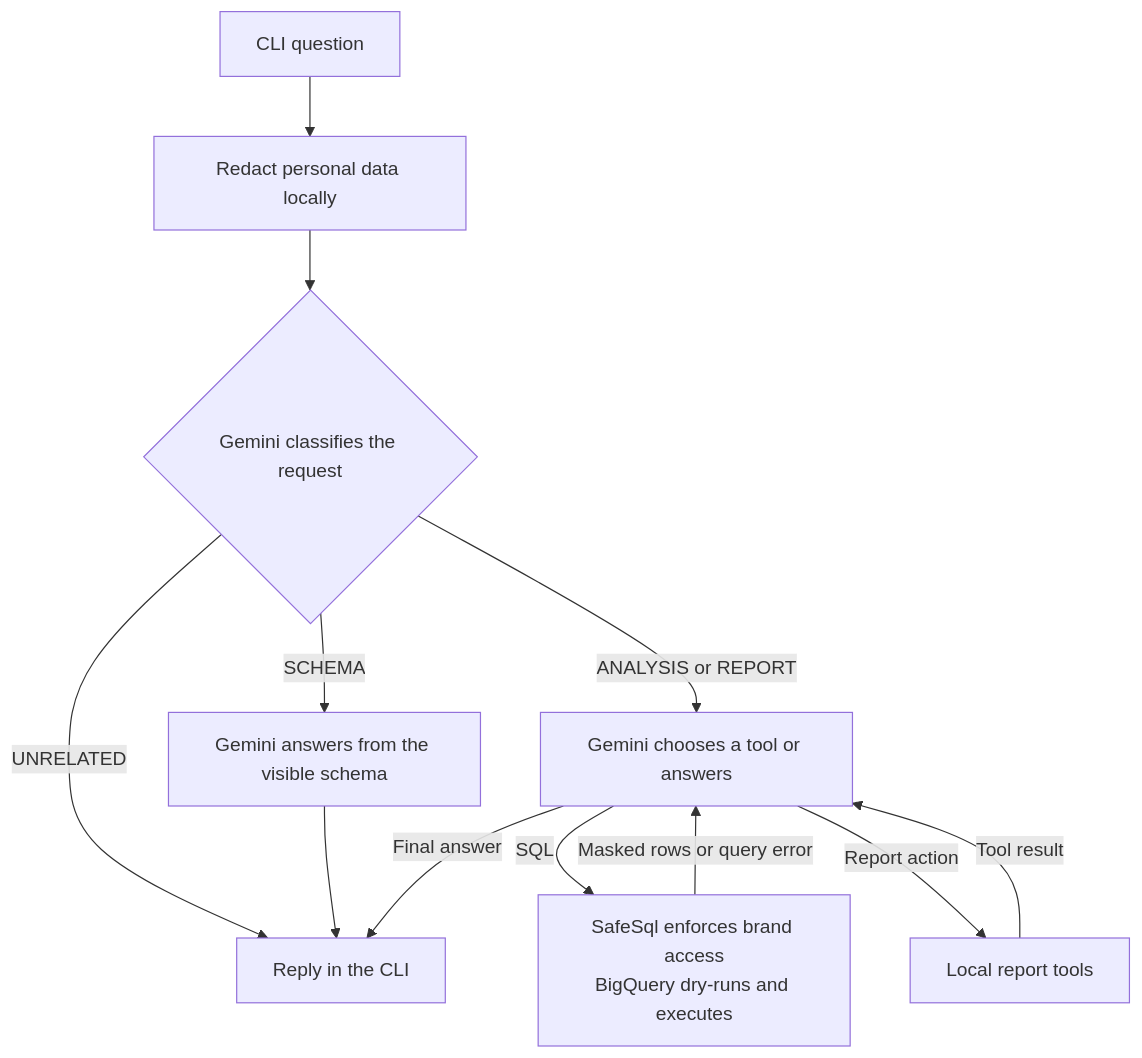
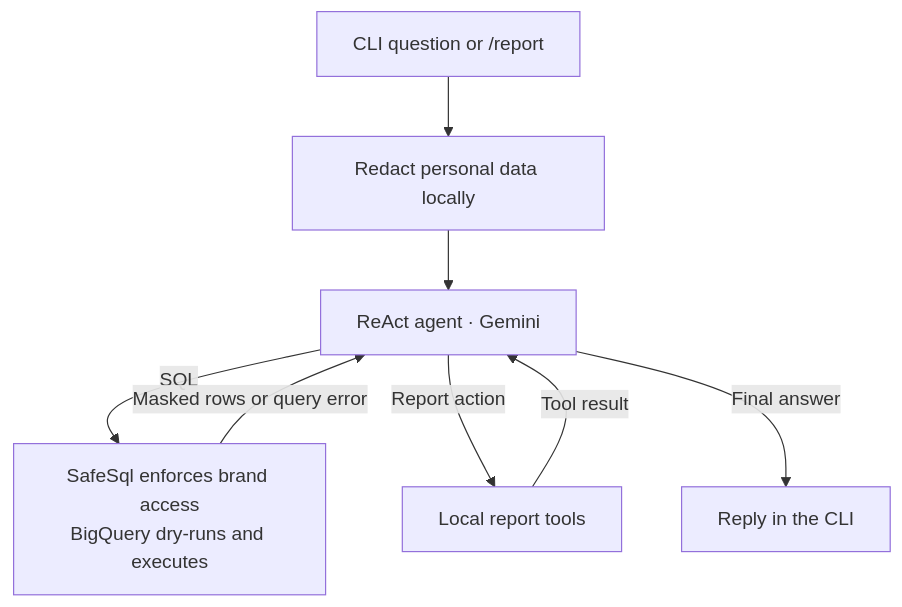
Before and after one commit to n3moy/retail-ai-agent: the diagram in README.md, drawn with Mermaid. The commit also changed other lines of this file and 15 other files, not shown here.

````diff
--- a/README.md
+++ b/README.md
@@ -7,14 +9,10 @@
 ```mermaid
 flowchart TD
-    Q["CLI question"] --> P["Redact personal data locally"]
-    P --> I{"Gemini classifies the request"}
-    I -->|UNRELATED| R["Reply in the CLI"]
-    I -->|SCHEMA| S["Gemini answers from the visible schema"]
-    S --> R
-    I -->|ANALYSIS or REPORT| A["Gemini chooses a tool or answers"]
+    Q["CLI question or /report"] --> P["Redact personal data locally"]
+    P --> A["ReAct agent · Gemini"]
     A -->|SQL| B["SafeSql enforces brand access<br/>BigQuery dry-runs and executes"]
     B -->|Masked rows or query error| A
     A -->|Report action| T["Local report tools"]
     T -->|Tool result| A
-    A -->|Final answer| R
+    A -->|Final answer| R["Reply in the CLI"]
 ```
````
